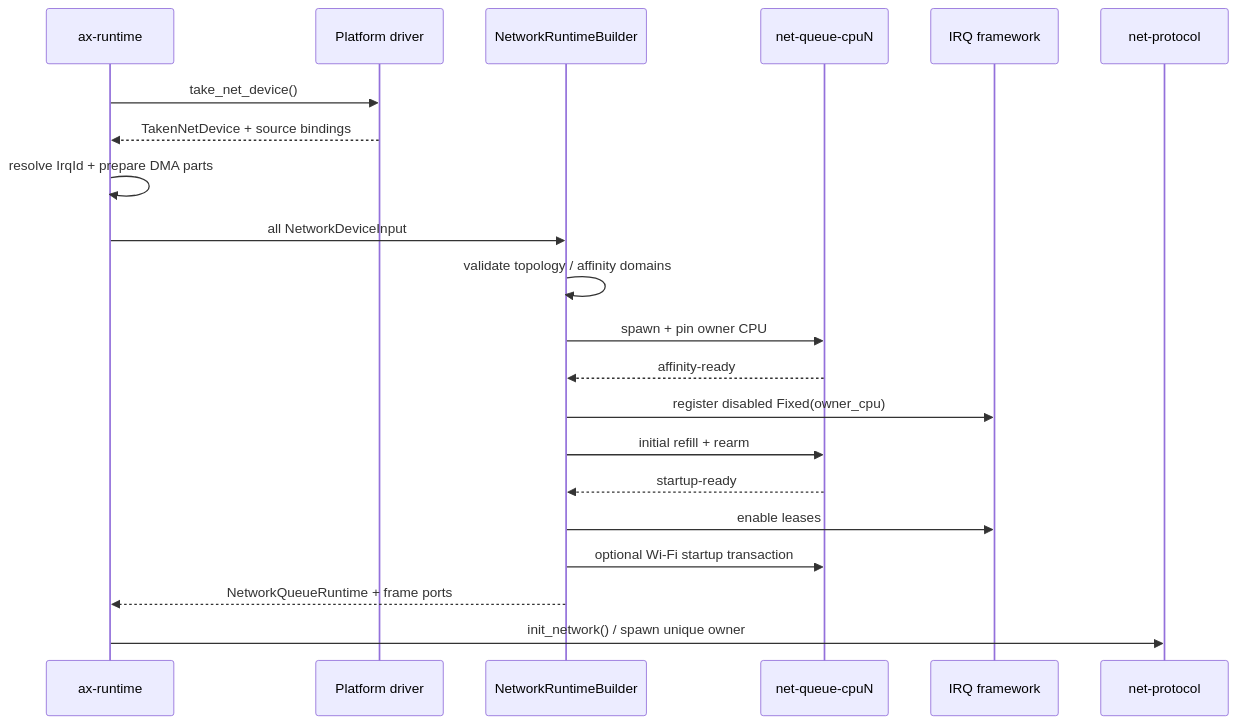
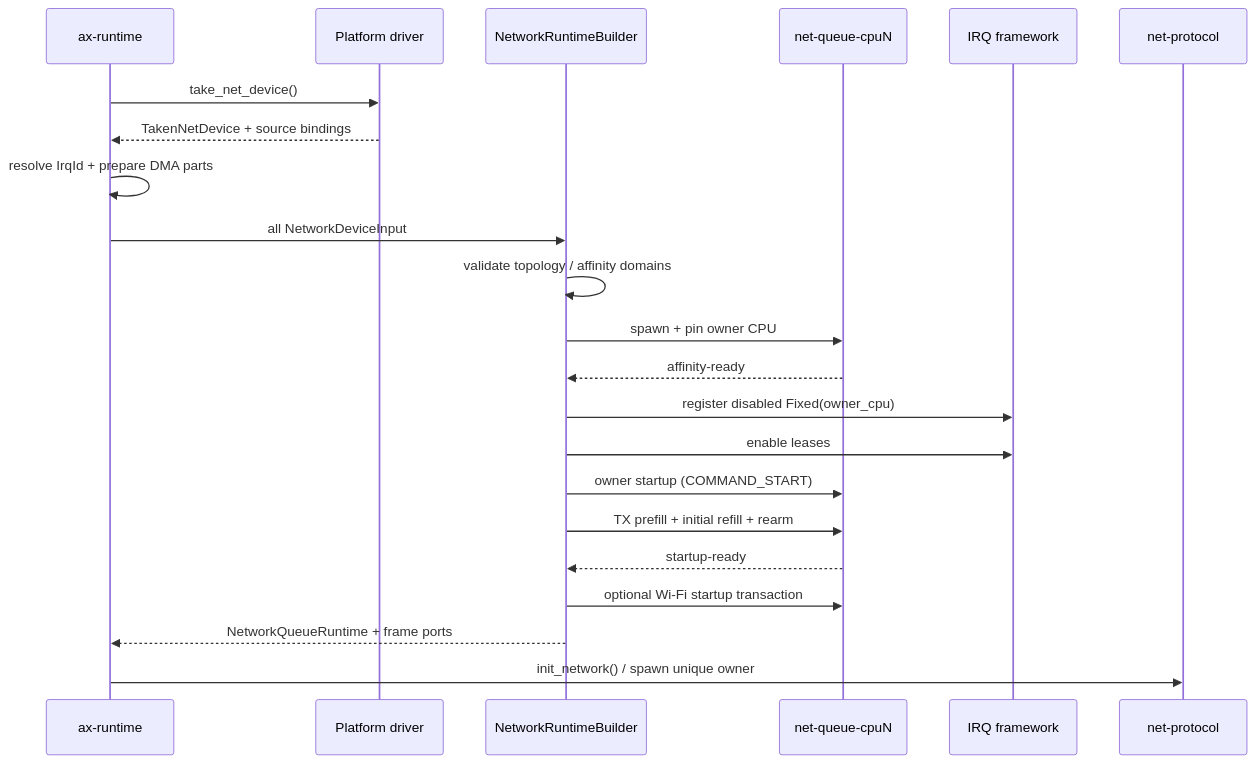
One commit to rcore-os/tgoskits changed the first of 5 diagrams in docs/docs/architecture/net/flows.md. Above: the diagram before and after it, drawn with Mermaid. The commit also changed other lines of this file and 10 other files, not shown here.

First line of the commit message:
Refactor network architecture documentation and improve clarity

````diff
--- a/docs/docs/architecture/net/flows.md
+++ b/docs/docs/architecture/net/flows.md
@@ -14,24 +14,25 @@
 ```mermaid
 sequenceDiagram
     participant RT as ax-runtime
     participant Driver as Platform driver
     participant Builder as NetworkRuntimeBuilder
     participant QE as net-queue-cpuN
     participant IRQ as IRQ framework
     participant PE as net-protocol
 
     RT->>Driver: take_net_device()
     Driver-->>RT: TakenNetDevice + source bindings
     RT->>RT: resolve IrqId + prepare DMA parts
     RT->>Builder: all NetworkDeviceInput
     Builder->>Builder: validate topology / affinity domains
     Builder->>QE: spawn + pin owner CPU
     QE-->>Builder: affinity-ready
     Builder->>IRQ: register disabled Fixed(owner_cpu)
-    Builder->>QE: initial refill + rearm
+    Builder->>IRQ: enable leases
+    Builder->>QE: owner startup (COMMAND_START)
+    Builder->>QE: TX prefill + initial refill + rearm
     QE-->>Builder: startup-ready
-    Builder->>IRQ: enable leases
     Builder->>QE: optional Wi-Fi startup transaction
     Builder-->>RT: NetworkQueueRuntime + frame ports
     RT->>PE: init_network() / spawn unique owner
 ```
````
